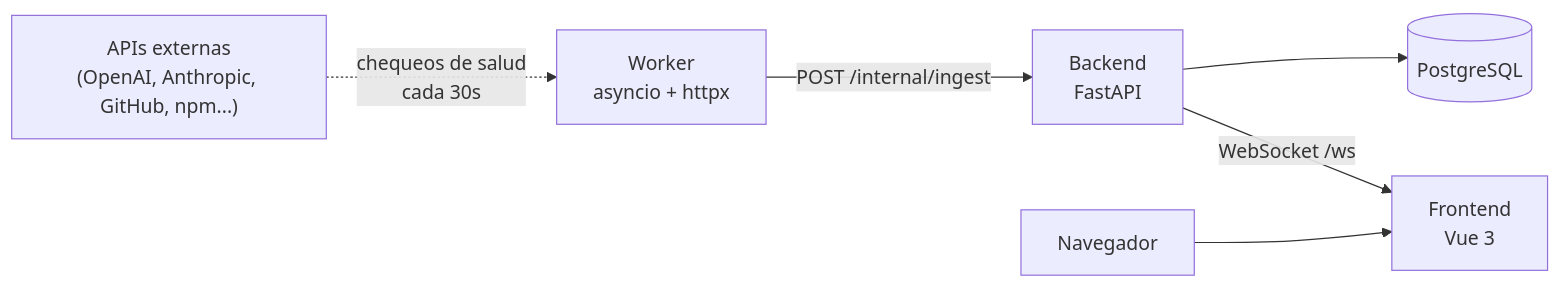
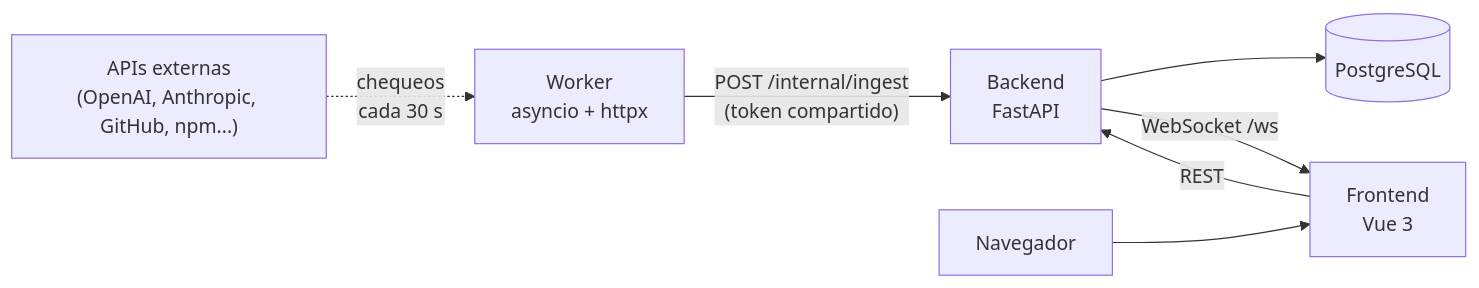
The first of 2 diagrams in README.es.md (carlosmorales-dev-mx/Chrono), drawn with Mermaid before and after one commit. The commit also changed other lines of this file and 31 other files, not shown here.

````diff
--- a/README.es.md
+++ b/README.es.md
@@ -67,8 +74,9 @@
 ```mermaid
 graph LR
-    External["APIs externas<br/>(OpenAI, Anthropic, GitHub, npm...)"] -.->|"chequeos de salud<br/>cada 30s"| Worker["Worker<br/>asyncio + httpx"]
-    Worker -->|"POST /internal/ingest"| Backend["Backend<br/>FastAPI"]
+    External["APIs externas<br/>(OpenAI, Anthropic, GitHub, npm...)"] -.->|"chequeos<br/>cada 30 s"| Worker["Worker<br/>asyncio + httpx"]
+    Worker -->|"POST /internal/ingest<br/>(token compartido)"| Backend["Backend<br/>FastAPI"]
     Backend --> DB[("PostgreSQL")]
     Backend -->|"WebSocket /ws"| Frontend["Frontend<br/>Vue 3"]
     Browser[Navegador] --> Frontend
+    Frontend -->|"REST"| Backend
 ```
````
